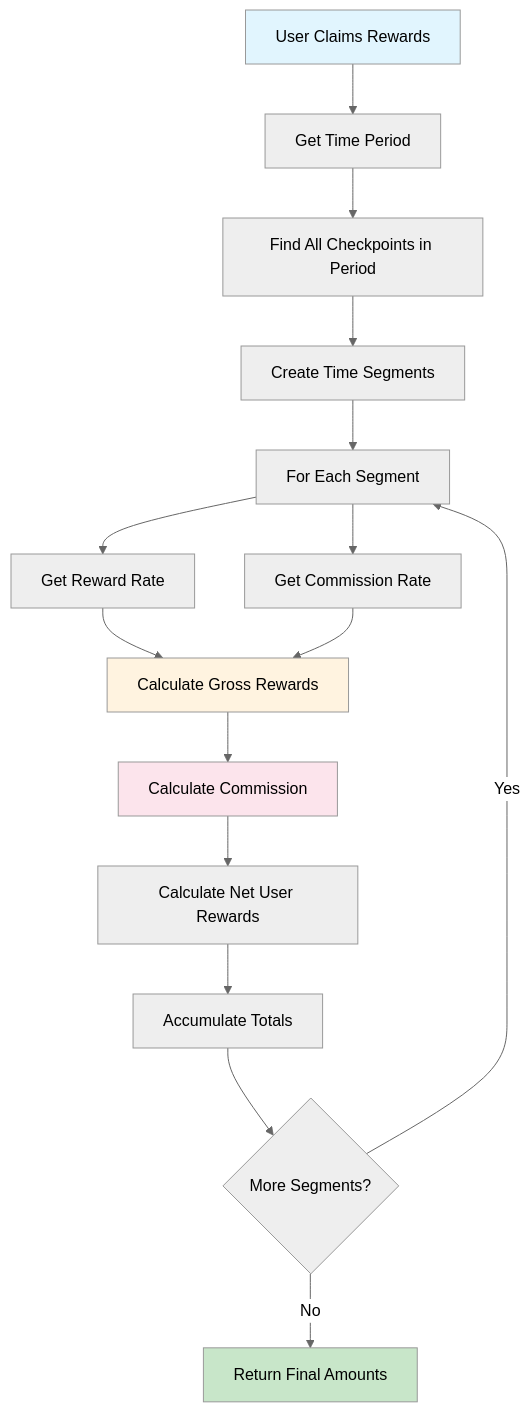
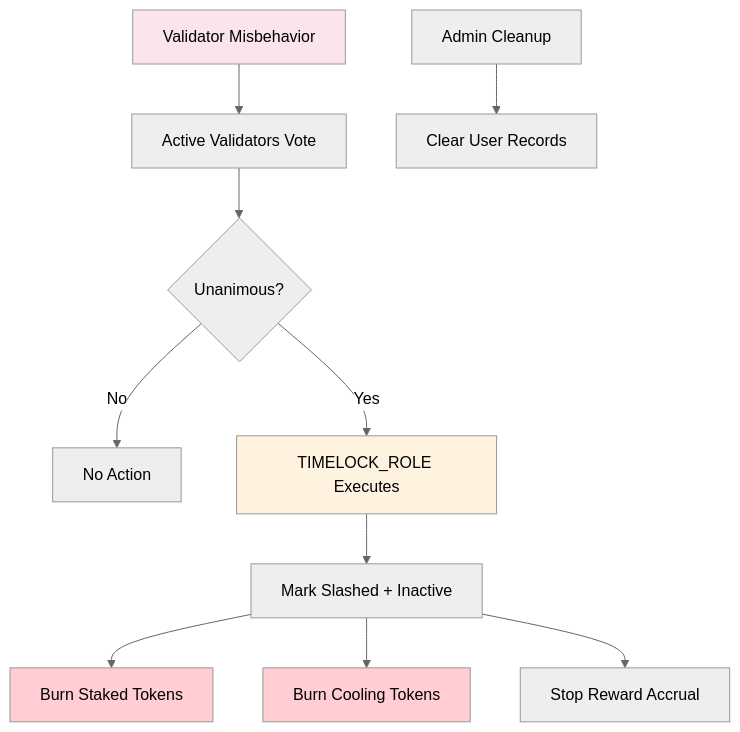
The eighth of 9 diagrams in plume/README.md (plumenetwork/contracts), drawn with Mermaid (neutral theme) before and after one commit. The commit also changed other lines of this file, not shown here.

Commit message:
add reward calculation logic

````diff
--- a/plume/README.md
+++ b/plume/README.md
@@ -321,25 +366,18 @@
 ```mermaid
 flowchart TD
-    A[User Claims Rewards] --> B[Get Time Period]
-    B --> C[Find All Checkpoints in Period]
-    C --> D[Create Time Segments]
-    D --> E[For Each Segment]
+    A[Validator Misbehavior] --> B[Active Validators Vote]
+    B --> C{Unanimous?}
+    C -->|No| D[No Action]
+    C -->|Yes| E[TIMELOCK_ROLE Executes]
+    E --> F[Mark Slashed + Inactive]
+    F --> G[Burn Staked Tokens]
+    F --> H[Burn Cooling Tokens]
+    F --> I[Stop Reward Accrual]
     
-    E --> F[Get Reward Rate]
-    E --> G[Get Commission Rate] 
+    J[Admin Cleanup] --> K[Clear User Records]
     
-    F --> H[Calculate Gross Rewards]
-    G --> H
-    H --> I[Calculate Commission]
-    I --> J[Calculate Net User Rewards]
-    
-    J --> K[Accumulate Totals]
-    K --> L{More Segments?}
-    L -->|Yes| E
-    L -->|No| M[Return Final Amounts]
-    
-    style A fill:#e1f5fe
-    style M fill:#c8e6c9
-    style H fill:#fff3e0
-    style I fill:#fce4ec
+    style A fill:#fce4ec
+    style E fill:#fff3e0
+    style G fill:#ffcdd2
+    style H fill:#ffcdd2
 ```
````
